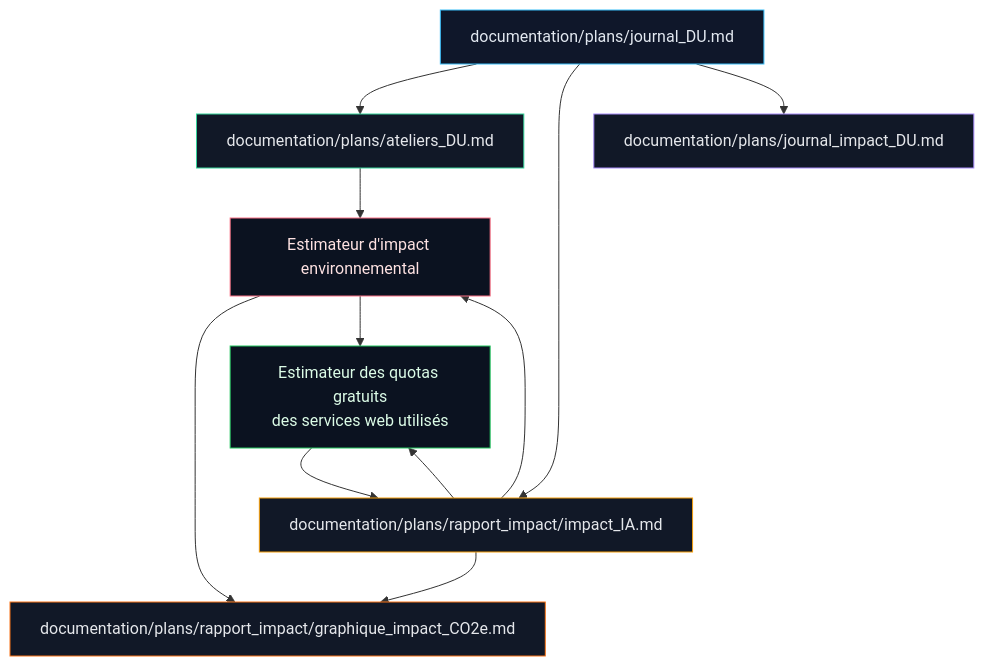
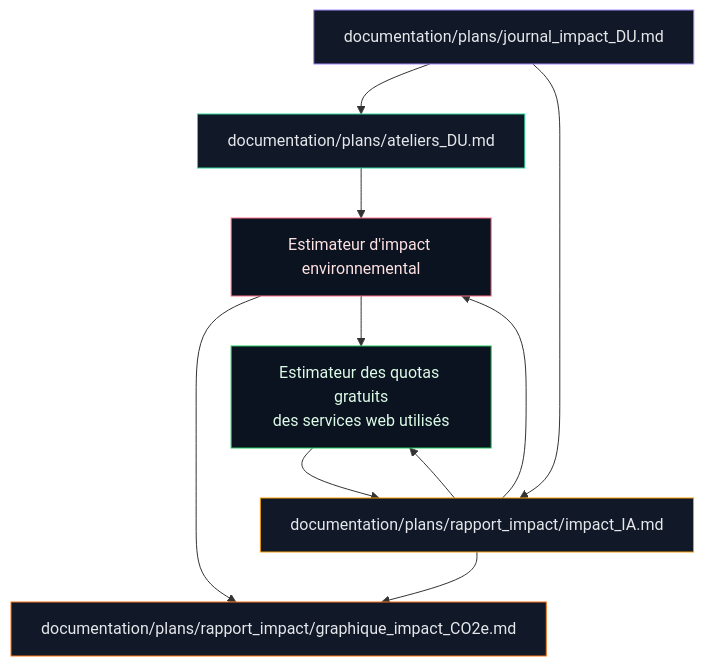
One commit to maxd4/CleanmyMap changed the diagram in documentation/plans/journal_impact_DU.md. Above: the diagram before and after it, drawn with Mermaid. The commit also changed other lines of this file and 400 other files, not shown here.

````diff
--- a/documentation/plans/journal_impact_DU.md
+++ b/documentation/plans/journal_impact_DU.md
@@ -30,29 +37,26 @@
 ```mermaid
 flowchart TD
-  JD["documentation/plans/journal_DU.md"]
   AJ["documentation/plans/ateliers_DU.md"]
   RI["documentation/plans/rapport_impact/impact_IA.md"]
   GI["documentation/plans/rapport_impact/graphique_impact_CO2e.md"]
   JI["documentation/plans/journal_impact_DU.md"]
   EI["Estimateur d'impact environnemental"]
   QG["Estimateur des quotas gratuits<br/>des services web utilisés"]
 
-  JD --> AJ
-  JD --> RI
-  JD --> JI
+  JI --> AJ
+  JI --> RI
   RI --> GI
   RI --> EI
   RI --> QG
   AJ --> EI
   EI --> GI
   EI --> QG
   QG --> RI
 
-  style JD fill:#0f172a,stroke:#38bdf8,color:#e2e8f0
   style AJ fill:#111827,stroke:#34d399,color:#e5e7eb
   style RI fill:#111827,stroke:#f59e0b,color:#e5e7eb
   style GI fill:#111827,stroke:#f97316,color:#e5e7eb
   style JI fill:#111827,stroke:#a78bfa,color:#e5e7eb
   style EI fill:#0b1220,stroke:#fb7185,color:#fee2e2
   style QG fill:#0b1220,stroke:#22c55e,color:#dcfce7
 ```
````
